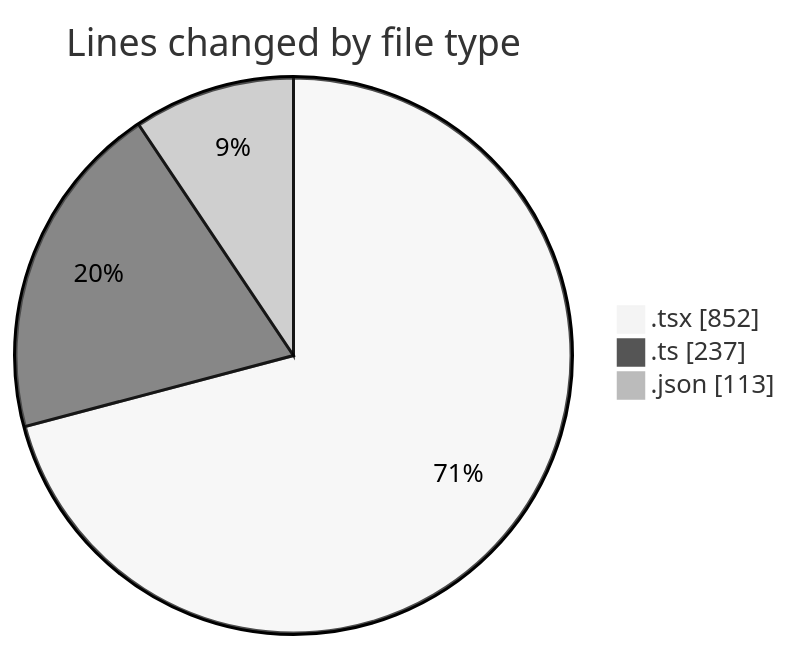
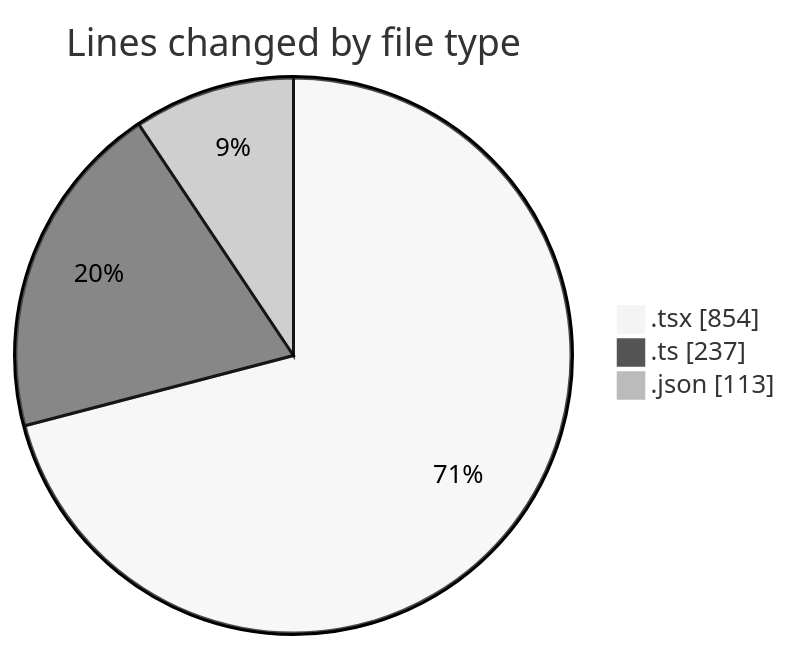
One commit to momahboobian/code-tracking changed the first of 2 diagrams in 2025-02-23/pdf-analysis-app/README.md. Above: the diagram before and after it, drawn with Mermaid (neutral theme). The commit also changed other lines of this file and 1 other file, not shown here.

````diff
--- a/2025-02-23/pdf-analysis-app/README.md
+++ b/2025-02-23/pdf-analysis-app/README.md
@@ -30,7 +30,7 @@
 ```mermaid
 pie showData
 title Lines changed by file type
-".tsx" : 852
+".tsx" : 854
 ".ts" : 237
 ".json" : 113
 ```
````
